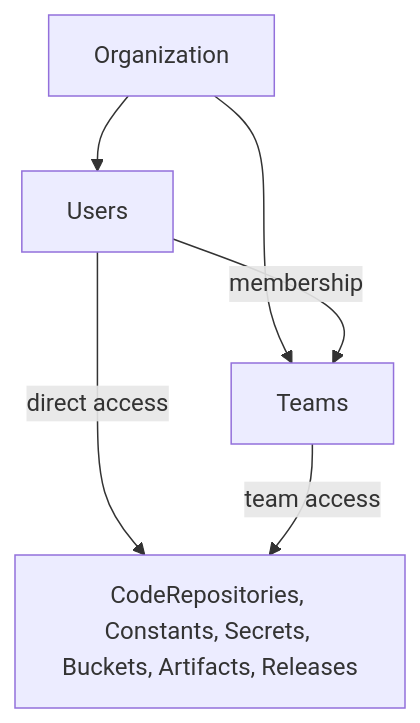
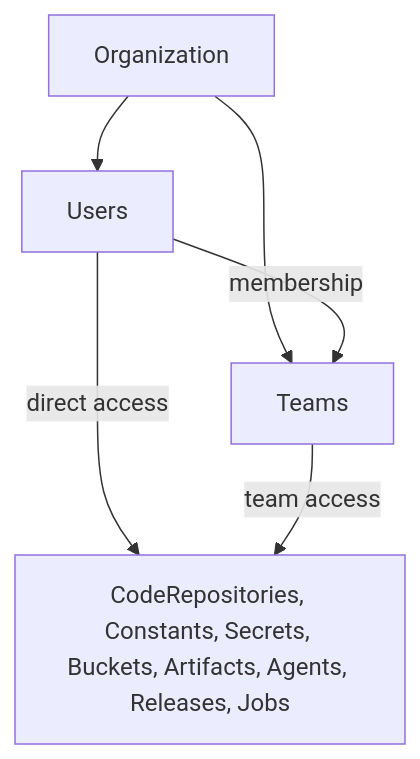
The diagram in docs/knowledge/infrastructure/users_and_access.md (mainsequence-sdk/mainsequence-sdk), drawn with Mermaid before and after one commit. The commit also changed other lines of this file and 29 other files, not shown here.

````diff
--- a/docs/knowledge/infrastructure/users_and_access.md
+++ b/docs/knowledge/infrastructure/users_and_access.md
@@ -36,8 +36,8 @@
 ```mermaid
 graph TD
     Org["Organization"] --> Users["Users"]
     Org --> Teams["Teams"]
     Users -->|membership| Teams
-    Users -->|direct access| Resources["CodeRepositories, Constants, Secrets, Buckets, Artifacts, Releases"]
+    Users -->|direct access| Resources["CodeRepositories, Constants, Secrets, Buckets, Artifacts, Agents, Releases, Jobs"]
     Teams -->|team access| Resources
 ```
````
